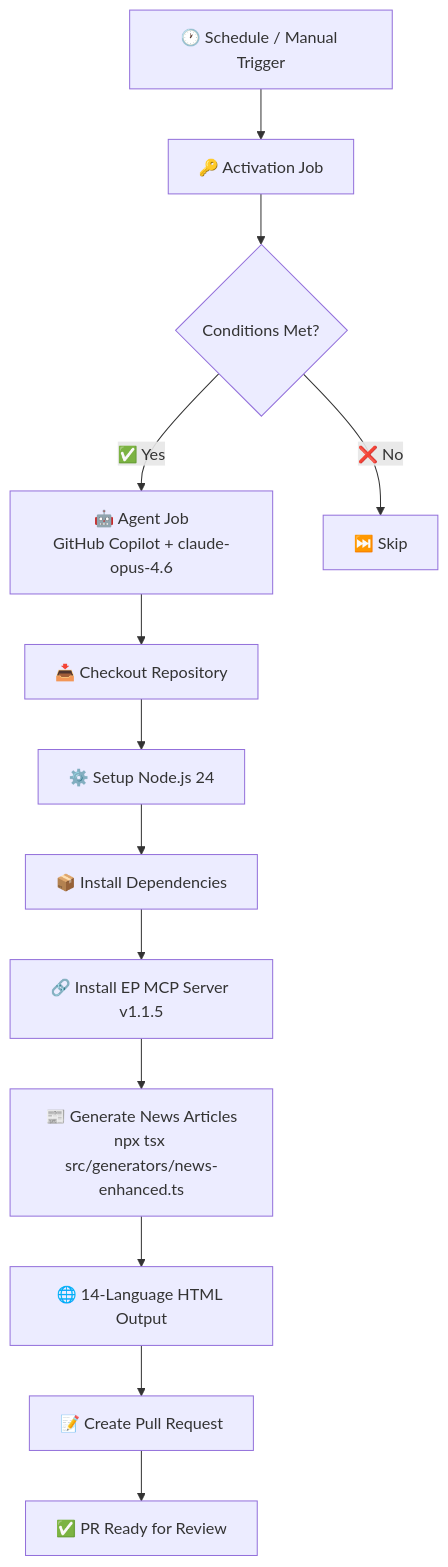
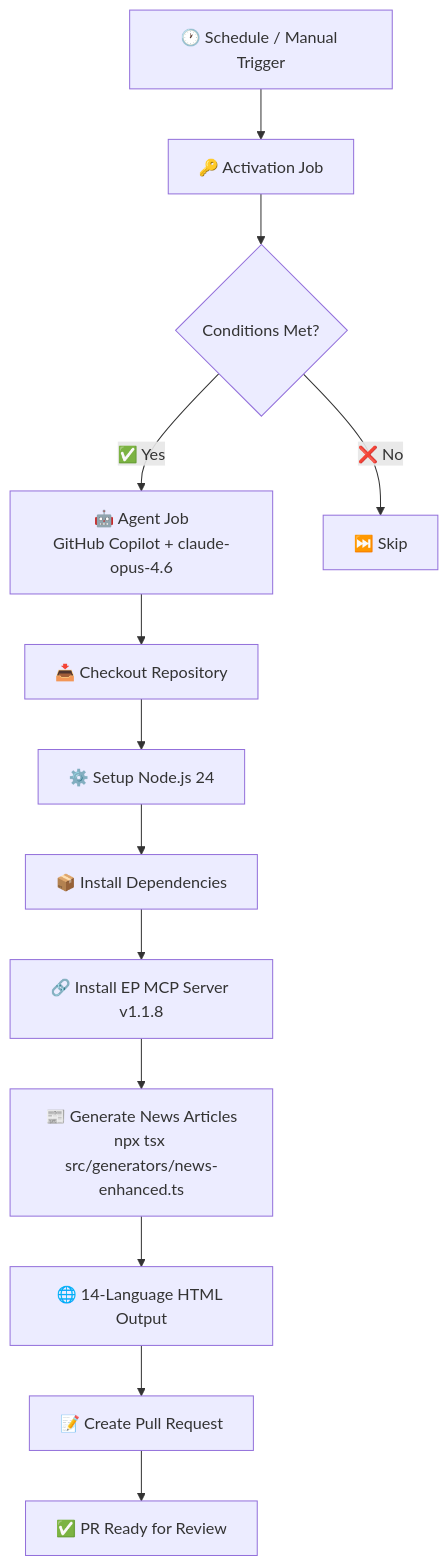
The first of 14 diagrams in WORKFLOWS.md (Hack23/euparliamentmonitor), drawn with Mermaid before and after one commit. The commit also changed 13 other files, not shown here.

````diff
--- a/WORKFLOWS.md
+++ b/WORKFLOWS.md
@@ -114,15 +114,15 @@
 ```mermaid
 graph TD
     A[🕐 Schedule / Manual Trigger] --> B[🔑 Activation Job]
     B --> C{Conditions Met?}
     C -->|✅ Yes| D[🤖 Agent Job<br/>GitHub Copilot + claude-opus-4.6]
     C -->|❌ No| E[⏭️ Skip]
     D --> F[📥 Checkout Repository]
     F --> G[⚙️ Setup Node.js 24]
     G --> H[📦 Install Dependencies]
-    H --> I[🔗 Install EP MCP Server v1.1.5]
+    H --> I[🔗 Install EP MCP Server v1.1.8]
     I --> J[📰 Generate News Articles<br/>npx tsx src/generators/news-enhanced.ts]
     J --> K[🌐 14-Language HTML Output]
     K --> L[📝 Create Pull Request]
     L --> M[✅ PR Ready for Review]
 ```
````
